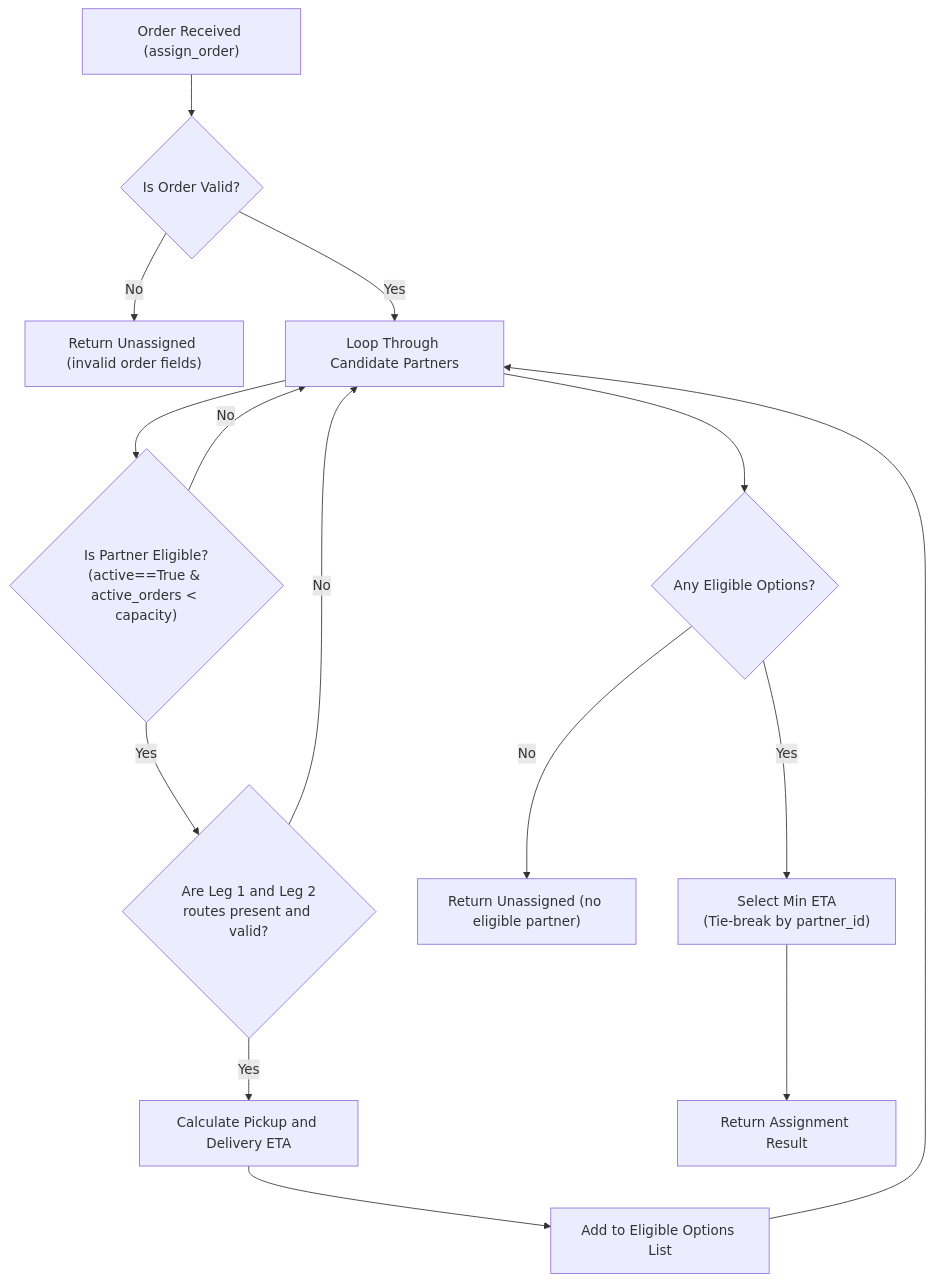
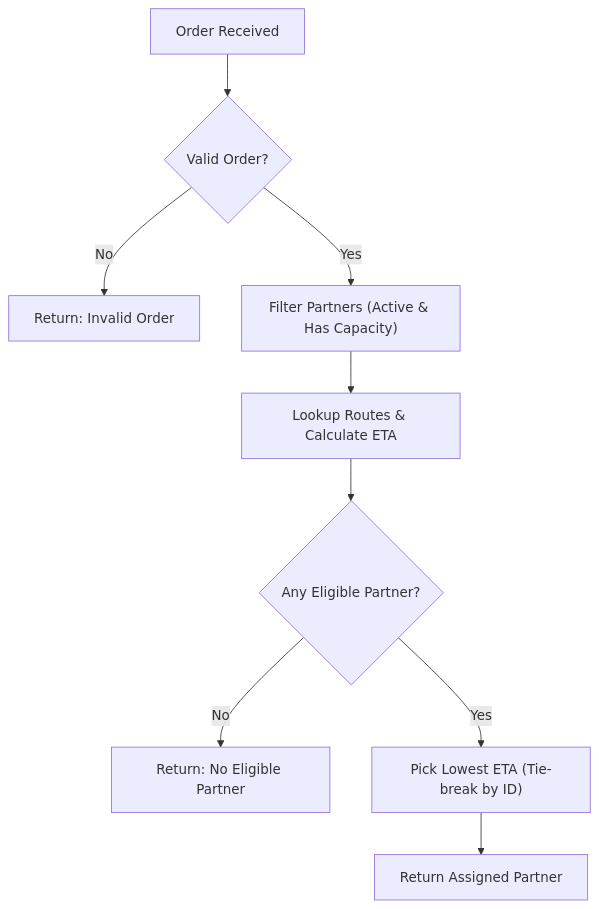
One commit to sunitazenith07-lang/ShuttleOps-Open-Source-Evaluation changed the diagram in ARCHITECTURE_TEMPLATE.md. Above: the diagram before and after it, drawn with Mermaid. The commit also changed other lines of this file, not shown here.

Commit message:
Simplify architecture notes to concise first-year student format

````diff
--- a/ARCHITECTURE_TEMPLATE.md
+++ b/ARCHITECTURE_TEMPLATE.md
@@ -83,19 +50,11 @@
 ```mermaid
 flowchart TD
-    A["Order Received (assign_order)"] --> B{"Is Order Valid?"}
-    B -- "No" --> C["Return Unassigned (invalid order fields)"]
-    B -- "Yes" --> D["Loop Through Candidate Partners"]
-    
-    D --> E{"Is Partner Eligible?<br/>(active==True & active_orders < capacity)"}
-    E -- "No" --> D
-    E -- "Yes" --> F{"Are Leg 1 and Leg 2<br/>routes present and valid?"}
-    F -- "No" --> D
-    F -- "Yes" --> G["Calculate Pickup and Delivery ETA"]
-    G --> H["Add to Eligible Options List"]
-    H --> D
-    
-    D --> I{"Any Eligible Options?"}
-    I -- "No" --> J["Return Unassigned (no eligible partner)"]
-    I -- "Yes" --> K["Select Min ETA<br/>(Tie-break by partner_id)"]
-    K --> L["Return Assignment Result"]
+    A["Order Received"] --> B{"Valid Order?"}
+    B -- "No" --> C["Return: Invalid Order"]
+    B -- "Yes" --> D["Filter Partners (Active & Has Capacity)"]
+    D --> E["Lookup Routes & Calculate ETA"]
+    E --> F{"Any Eligible Partner?"}
+    F -- "No" --> G["Return: No Eligible Partner"]
+    F -- "Yes" --> H["Pick Lowest ETA (Tie-break by ID)"]
+    H --> I["Return Assigned Partner"]
 ```
````
